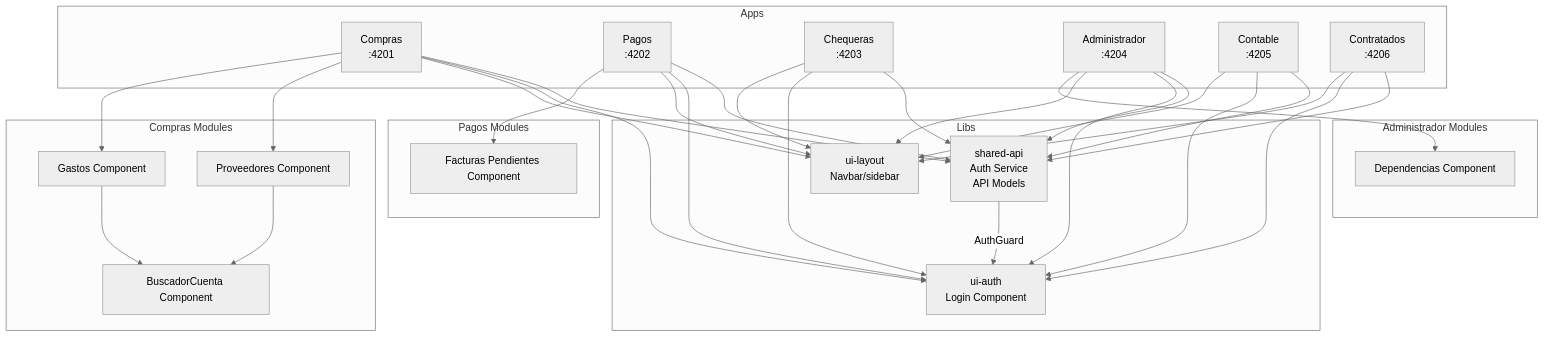
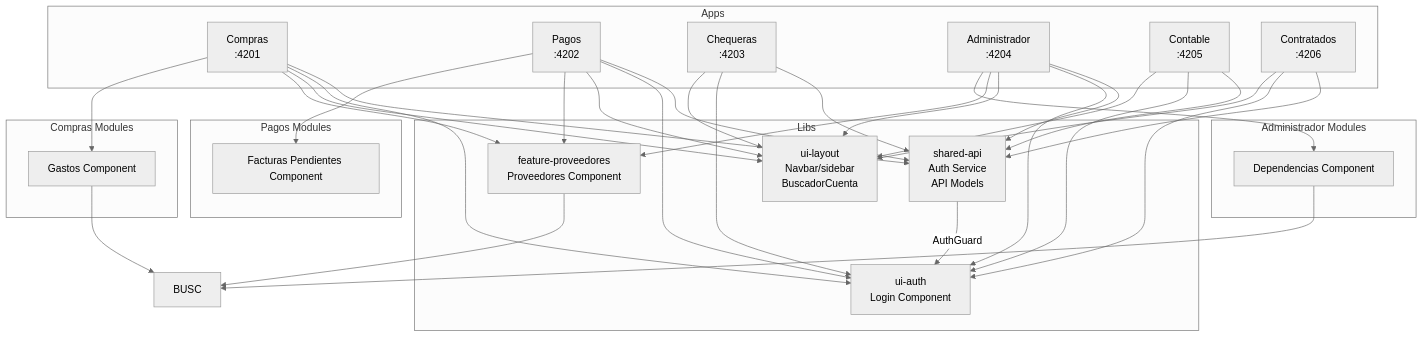
Before and after one commit to UM-services/UM.tesoreria.frontend-client: the diagram in README.md, drawn with Mermaid (neutral theme). The commit also changed other lines of this file and 26 other files, not shown here.

````diff
--- a/README.md
+++ b/README.md
@@ -62,63 +63,65 @@
 ```mermaid
 graph TB
     subgraph Apps
         C[Compras<br/>:4201]
         P[Pagos<br/>:4202]
         Q[Chequeras<br/>:4203]
         A[Administrador<br/>:4204]
         CT[Contable<br/>:4205]
         CR[Contratados<br/>:4206]
     end
 
     subgraph "Compras Modules"
-        PROV[Proveedores Component]
         GAST[Gastos Component]
-        BUSC[BuscadorCuenta Component]
     end
 
     subgraph "Pagos Modules"
         FP[Facturas Pendientes Component]
     end
 
     subgraph "Administrador Modules"
         DEP[Dependencias Component]
     end
 
     subgraph Libs
         API[shared-api<br/>Auth Service<br/>API Models]
         AUTH[ui-auth<br/>Login Component]
-        LAYOUT[ui-layout<br/>Navbar/sidebar]
+        LAYOUT[ui-layout<br/>Navbar/sidebar<br/>BuscadorCuenta]
+        FPROV[feature-proveedores<br/>Proveedores Component]
     end
 
     C --> API
     C --> AUTH
     C --> LAYOUT
-    C --> PROV
+    C --> FPROV
     C --> GAST
-    PROV --> BUSC
+    FPROV --> BUSC
     GAST --> BUSC
 
     P --> API
     P --> AUTH
     P --> LAYOUT
+    P --> FPROV
     P --> FP
 
     Q --> API
     Q --> AUTH
     Q --> LAYOUT
 
     A --> API
     A --> AUTH
     A --> LAYOUT
+    A --> FPROV
     A --> DEP
+    DEP --> BUSC
 
     CT --> API
     CT --> AUTH
     CT --> LAYOUT
 
     CR --> API
     CR --> AUTH
     CR --> LAYOUT
 
     API --> |AuthGuard| AUTH
 ```
````
